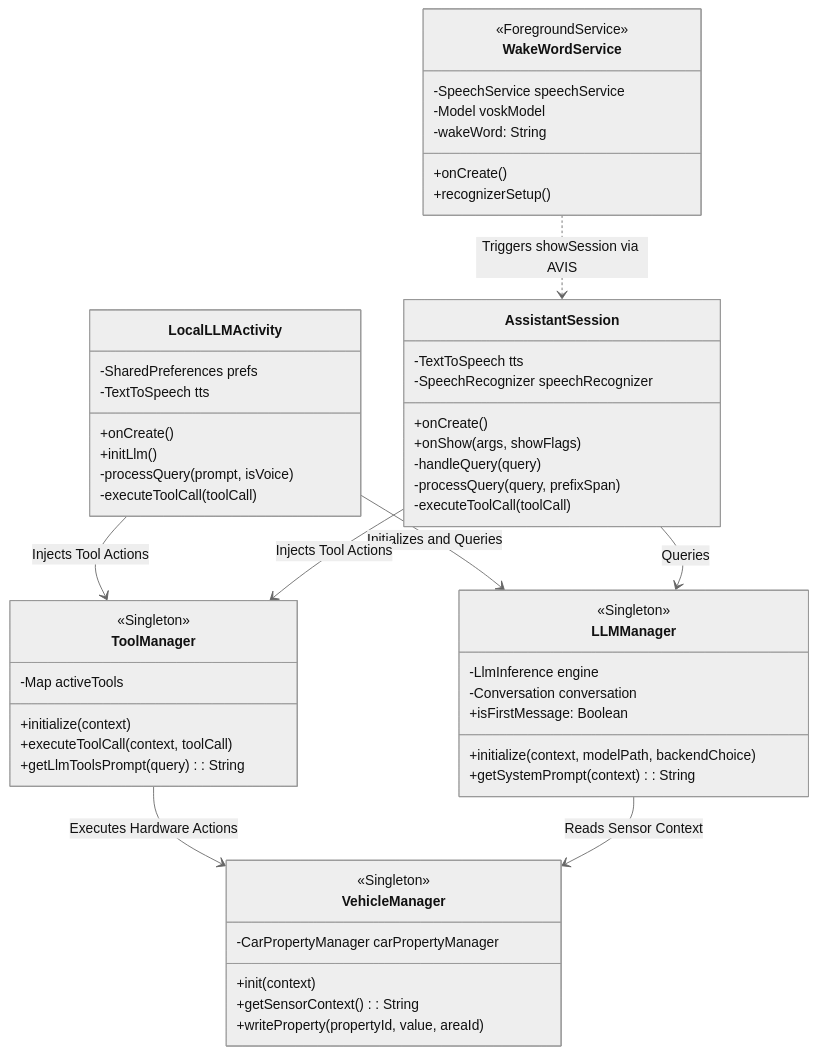
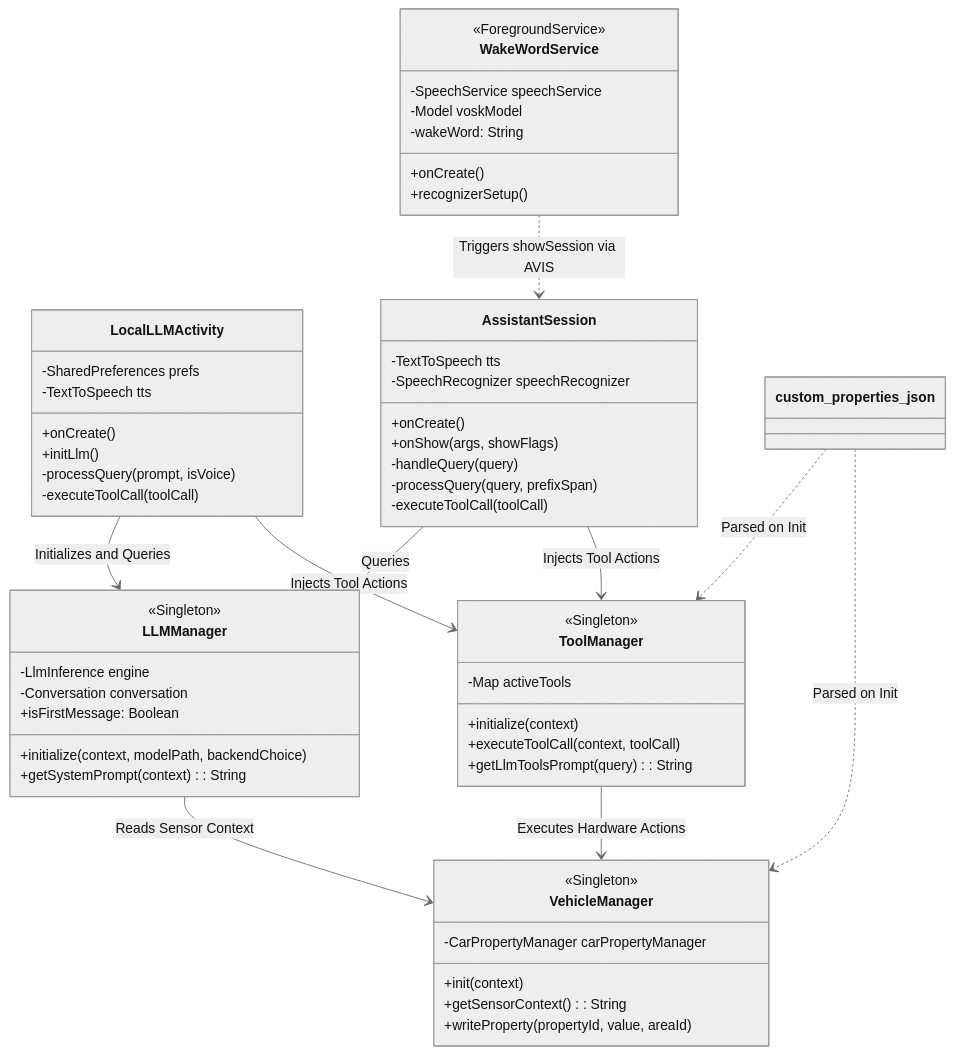
The second of 2 diagrams in ARCHITECTURE.md (hemangpandhi/ai-assistant), drawn with Mermaid (neutral theme) before and after one commit. The commit also changed other lines of this file and 1 other file, not shown here.

Commit message:
docs: Add custom_properties.json node to Mermaid Block Diagrams

````diff
--- a/ARCHITECTURE.md
+++ b/ARCHITECTURE.md
@@ -57,64 +61,68 @@
 ```mermaid
 classDiagram
     class LocalLLMActivity {
         -SharedPreferences prefs
         -TextToSpeech tts
         +onCreate()
         +initLlm()
         -processQuery(prompt, isVoice)
         -executeToolCall(toolCall)
     }
 
     class AssistantSession {
         -TextToSpeech tts
         -SpeechRecognizer speechRecognizer
         +onCreate()
         +onShow(args, showFlags)
         -handleQuery(query)
         -processQuery(query, prefixSpan)
         -executeToolCall(toolCall)
     }
 
     class LLMManager {
         <<Singleton>>
         -LlmInference engine
         -Conversation conversation
         +isFirstMessage: Boolean
         +initialize(context, modelPath, backendChoice)
         +getSystemPrompt(context): String
     }
 
     class WakeWordService {
         <<ForegroundService>>
         -SpeechService speechService
         -Model voskModel
         -wakeWord: String
         +onCreate()
         +recognizerSetup()
     }
 
     class ToolManager {
         <<Singleton>>
         -Map activeTools
         +initialize(context)
         +executeToolCall(context, toolCall)
         +getLlmToolsPrompt(query): String
     }
 
     class VehicleManager {
         <<Singleton>>
         -CarPropertyManager carPropertyManager
         +init(context)
         +getSensorContext(): String
         +writeProperty(propertyId, value, areaId)
     }
     
     %% Relationships
     LocalLLMActivity --> LLMManager : Initializes and Queries
     AssistantSession --> LLMManager : Queries
     LocalLLMActivity --> ToolManager : Injects Tool Actions
     AssistantSession --> ToolManager : Injects Tool Actions
     ToolManager --> VehicleManager : Executes Hardware Actions
     LLMManager --> VehicleManager : Reads Sensor Context
     WakeWordService ..> AssistantSession : Triggers showSession via AVIS
+    
+    %% Dynamic Loading
+    custom_properties_json ..> ToolManager : Parsed on Init
+    custom_properties_json ..> VehicleManager : Parsed on Init
 ```
````
